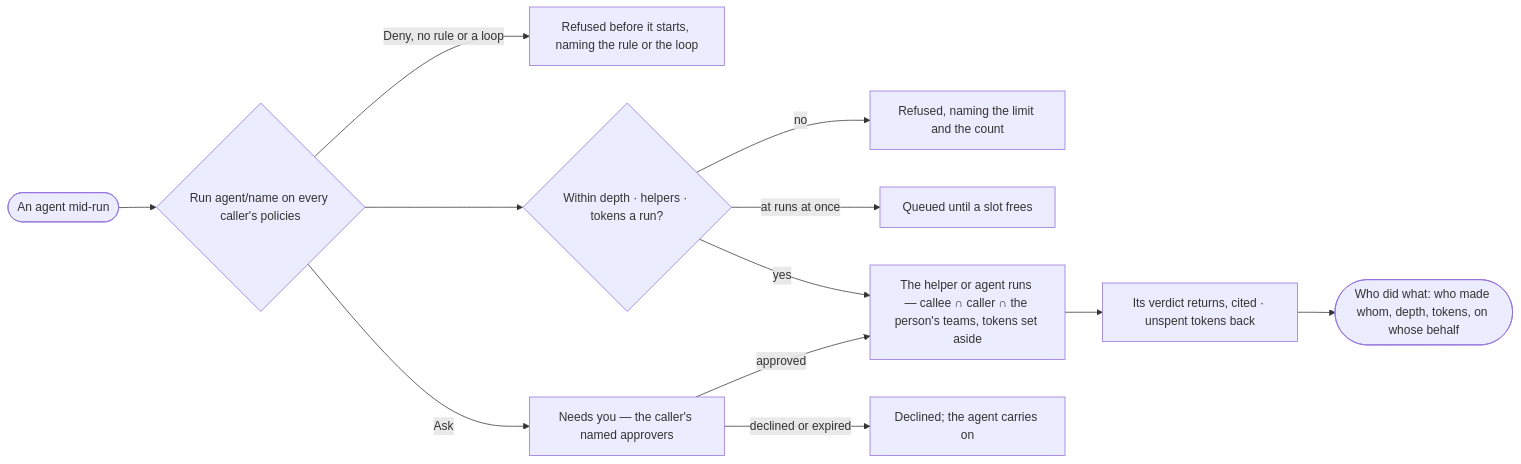
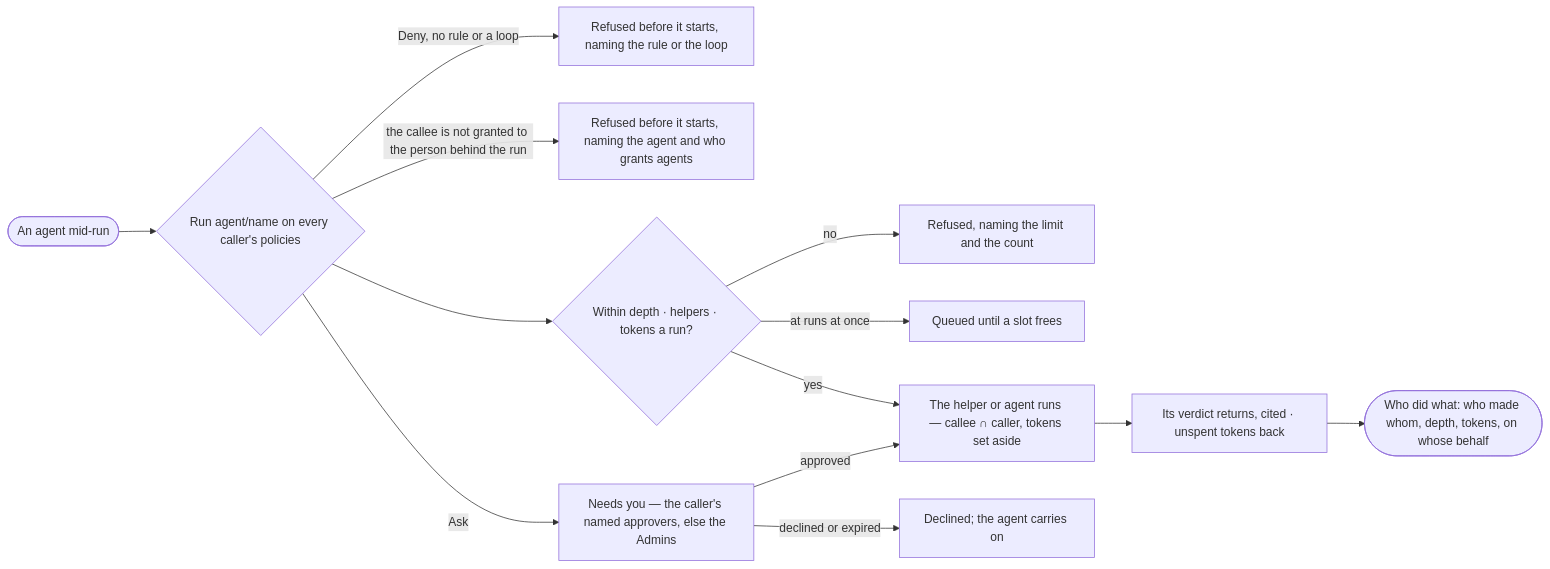
Before and after one commit to invana/invana: the diagram in specs/capabilities/agents/features/AG-F05-delegation-and-outside-agents/stories/AG-24-see-who-made-whom-and-hand-work-to-a-helper-within-bounds/story.md, drawn with Mermaid. The commit also changed other lines of this file and 300 other files, not shown here.

````diff
--- a/specs/capabilities/agents/features/AG-F05-delegation-and-outside-agents/stories/AG-24-see-who-made-whom-and-hand-work-to-a-helper-within-bounds/story.md
+++ b/specs/capabilities/agents/features/AG-F05-delegation-and-outside-agents/stories/AG-24-see-who-made-whom-and-hand-work-to-a-helper-within-bounds/story.md
@@ -28,14 +28,15 @@
 ```mermaid
 flowchart LR
   a([An agent mid-run]) --> r{"Run agent/name on every caller's policies"}
   r -->|Deny, no rule or a loop| x["Refused before it starts, naming the rule or the loop"]
+  r -->|the callee is not granted to the person behind the run| xg["Refused before it starts, naming the agent and who grants agents"]
   r --> b{"Within depth · helpers · tokens a run?"}
   b -->|no| x2["Refused, naming the limit and the count"]
   b -->|at runs at once| q["Queued until a slot frees"]
-  r -->|Ask| ask["Needs you — the caller's named approvers"]
+  r -->|Ask| ask["Needs you — the caller's named approvers, else the Admins"]
   ask -->|approved| h
   ask -->|declined or expired| d["Declined; the agent carries on"]
-  b -->|yes| h["The helper or agent runs — callee ∩ caller ∩ the person's teams, tokens set aside"]
+  b -->|yes| h["The helper or agent runs — callee ∩ caller, tokens set aside"]
   h --> v["Its verdict returns, cited · unspent tokens back"]
   v --> t(["Who did what: who made whom, depth, tokens, on whose behalf"])
 ```
````
